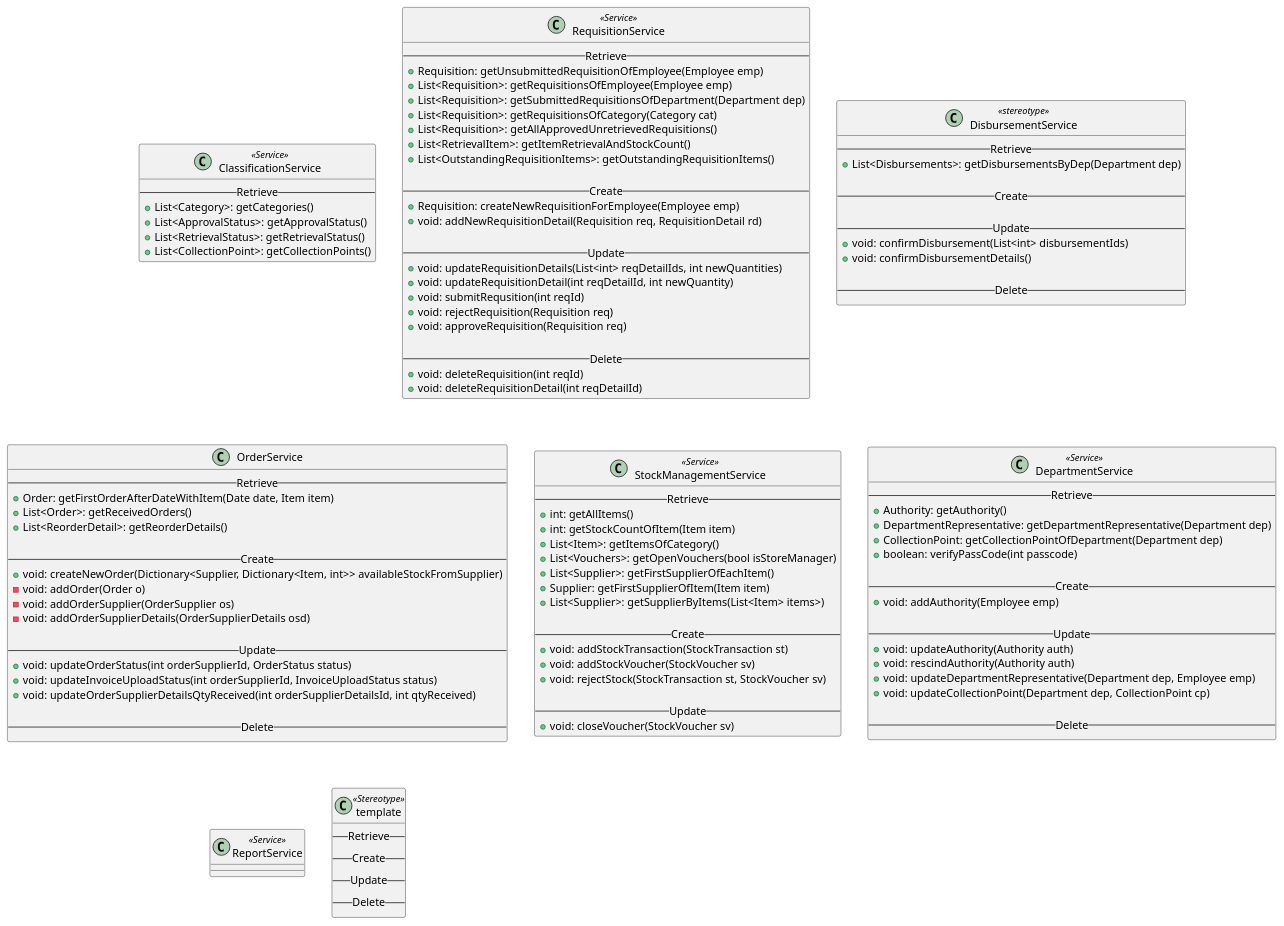
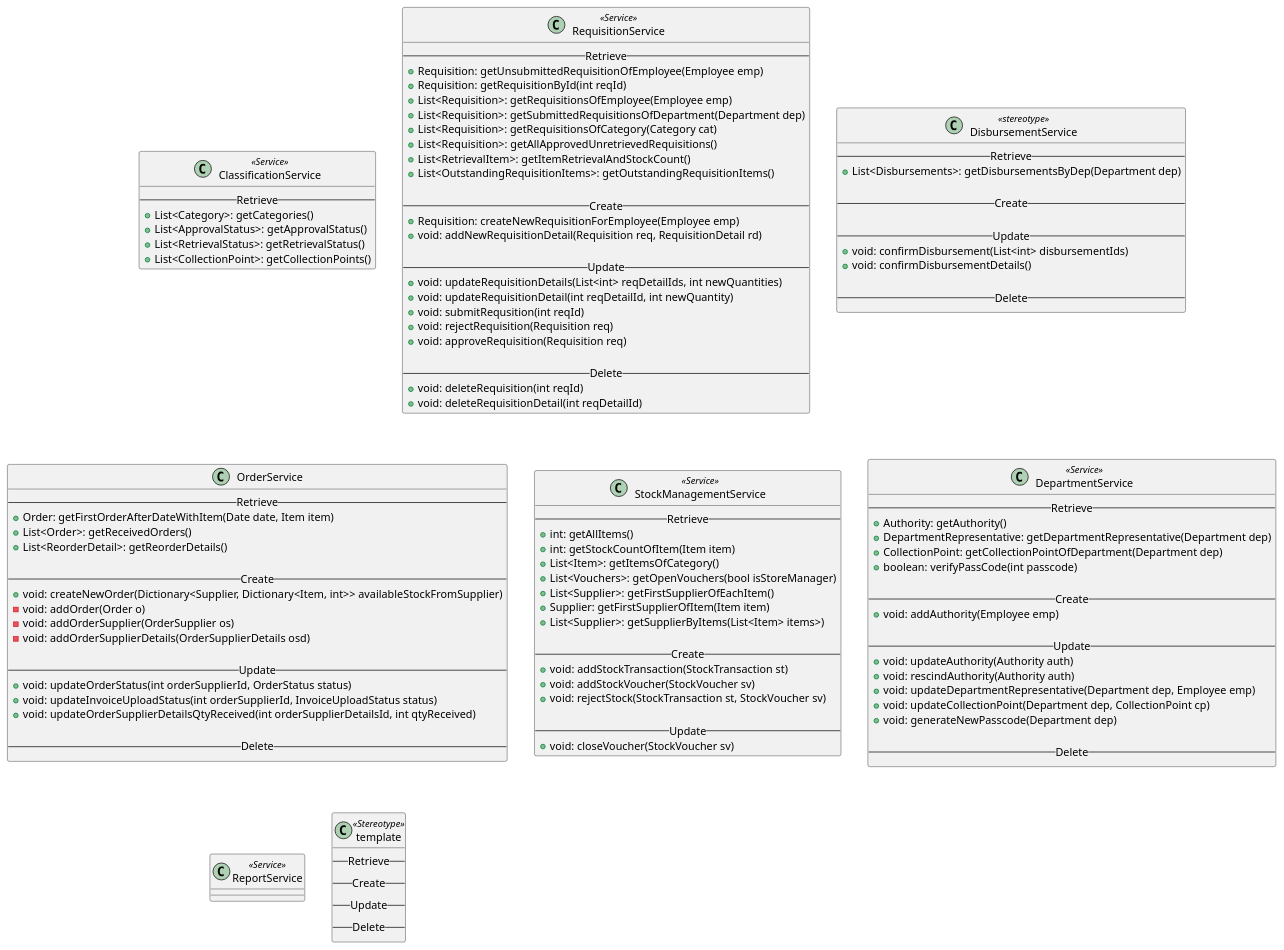
Before and after one commit to SA46Team5a/AD---ClassAndSequenceDiagram: the diagram in Services.wsd, drawn with PlantUML. The commit also changed 4 other files, not shown here.

```diff
--- a/Services.wsd
+++ b/Services.wsd
@@ -8,127 +8,130 @@
 @startuml
 class ClassificationService <<Service>> {
     --Retrieve--
     +List<Category>: getCategories()
     +List<ApprovalStatus>: getApprovalStatus()
     +List<RetrievalStatus>: getRetrievalStatus()
     +List<CollectionPoint>: getCollectionPoints()
 }
 
 class RequisitionService <<Service>> {
     --Retrieve--
     ' RequisitionDetails can be retrieved from Requisition object
     ' If no unsubmitted requsition, create new Requisition object for employee
     +Requisition: getUnsubmittedRequisitionOfEmployee(Employee emp)  
+    +Requisition: getRequisitionById(int reqId)
     +List<Requisition>: getRequisitionsOfEmployee(Employee emp)
     +List<Requisition>: getSubmittedRequisitionsOfDepartment(Department dep)
     +List<Requisition>: getRequisitionsOfCategory(Category cat)
     +List<Requisition>: getAllApprovedUnretrievedRequisitions()
     ' Gets data from RetrievalItems View
     +List<RetrievalItem>: getItemRetrievalAndStockCount()
     +List<OutstandingRequisitionItems>: getOutstandingRequisitionItems()
 
     --Create--
     +Requisition: createNewRequisitionForEmployee(Employee emp)
     +void: addNewRequisitionDetail(Requisition req, RequisitionDetail rd)
 
     --Update--
     ' Loops through list and calls updateRequsitionDetail
     +void: updateRequisitionDetails(List<int> reqDetailIds, int newQuantities)
     +void: updateRequisitionDetail(int reqDetailId, int newQuantity)
+    ' At submit, call createNewRequisitionForEmployee(Employee emp)
     +void: submitRequsition(int reqId)
     +void: rejectRequisition(Requisition req)
     +void: approveRequisition(Requisition req)
 
     --Delete--
     +void: deleteRequisition(int reqId)
     +void: deleteRequisitionDetail(int reqDetailId)
 }
 
 class DisbursementService <<stereotype>> {
     --Retrieve--
     +List<Disbursements>: getDisbursementsByDep(Department dep)
 
     --Create--
 
     --Update--
     +void: confirmDisbursement(List<int> disbursementIds)
     ' calls StockManagementService.addStockVoucher if disbursed count and collected count is different
     +void: confirmDisbursementDetails()
 
     --Delete--
 }
 
 class OrderService {
     --Retrieve--
     ' Loops through and calls the second method
     +Order: getFirstOrderAfterDateWithItem(Date date, Item item)
     +List<Order>: getReceivedOrders()
     +List<ReorderDetail>: getReorderDetails()
 
     --Create--
     ' createNewOrder will call addOrder, addOrderSupplier and addOrderSupplierDetails
     +void: createNewOrder(Dictionary<Supplier, Dictionary<Item, int>> availableStockFromSupplier)
     -void: addOrder(Order o)
     -void: addOrderSupplier(OrderSupplier os)
     -void: addOrderSupplierDetails(OrderSupplierDetails osd)
 
     --Update--
     +void: updateOrderStatus(int orderSupplierId, OrderStatus status)
     +void: updateInvoiceUploadStatus(int orderSupplierId, InvoiceUploadStatus status)
     +void: updateOrderSupplierDetailsQtyReceived(int orderSupplierDetailsId, int qtyReceived)
 
     --Delete--
 }
 
 class StockManagementService <<Service>> {
     --Retrieve--
     +int: getAllItems()
     +int: getStockCountOfItem(Item item)
     +List<Item>: getItemsOfCategory()
     +List<Vouchers>: getOpenVouchers(bool isStoreManager) 
     +List<Supplier>: getFirstSupplierOfEachItem()
     +Supplier: getFirstSupplierOfItem(Item item)
     +List<Supplier>: getSupplierByItems(List<Item> items>)
 
     --Create--
     +void: addStockTransaction(StockTransaction st)
     +void: addStockVoucher(StockVoucher sv)
     ' Stock is rejected at disbursement. Insert a stockTransaction to add qty rejected back, and raise a stockVoucher
     +void: rejectStock(StockTransaction st, StockVoucher sv)
 
     --Update--
     +void: closeVoucher(StockVoucher sv)
 }
 
 class DepartmentService <<Service>> {
     --Retrieve--
     ' Get authorised person based on current date
     +Authority: getAuthority()
     +DepartmentRepresentative: getDepartmentRepresentative(Department dep)
     +CollectionPoint: getCollectionPointOfDepartment(Department dep)
     +boolean: verifyPassCode(int passcode)
 
     --Create--
     ' Add emp as Authority with start and end date, and add Dep Head with start date = emp end date + 1
     +void: addAuthority(Employee emp)
 
     --Update--
     +void: updateAuthority(Authority auth)
     +void: rescindAuthority(Authority auth)
     +void: updateDepartmentRepresentative(Department dep, Employee emp)
     +void: updateCollectionPoint(Department dep, CollectionPoint cp)
+    +void: generateNewPasscode(Department dep)
 
     --Delete--
 }
 
 class ReportService <<Service>>{
     ' To discuss with Khim Yang on how he wants the data to be stuctured
 }
 
 class template <<Stereotype>> {
     --Retrieve--
     --Create--
     --Update--
     --Delete--
 }
 @enduml
```
